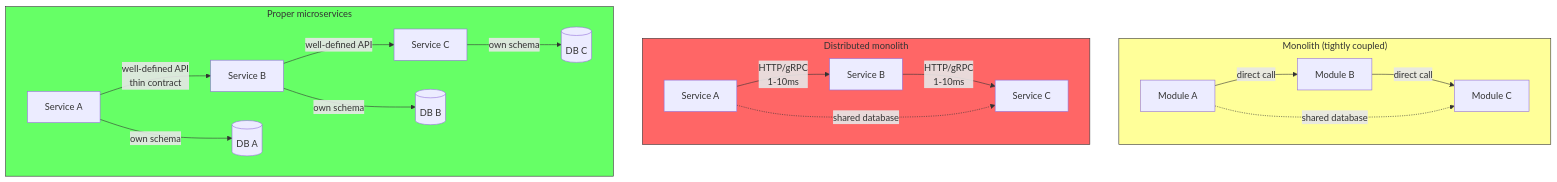
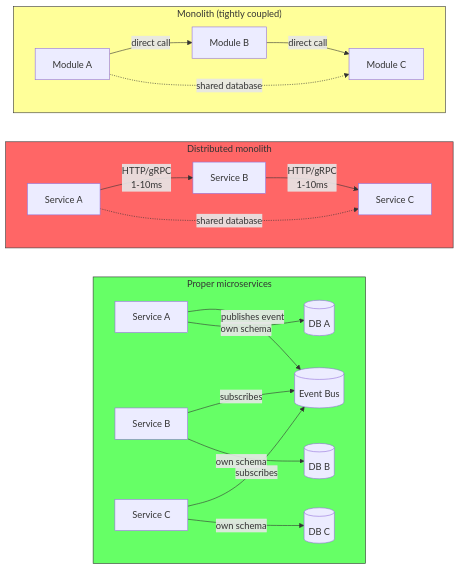
One commit to labeebahmad201/knowledge-base changed the ninth of 10 diagrams in docs/software-engineering/monolith-vs-microservices.md. Above: the diagram before and after it, drawn with Mermaid. The commit also changed other lines of this file, not shown here.

Commit message:
docs: link to third-party coupling article from distributed monolith section

````diff
--- a/docs/software-engineering/monolith-vs-microservices.md
+++ b/docs/software-engineering/monolith-vs-microservices.md
@@ -233,23 +233,29 @@
 ```mermaid
 flowchart TD
     subgraph Monolith["Monolith (tightly coupled)"]
+        direction LR
         A["Module A"] -->|"direct call"| B["Module B"]
         B -->|"direct call"| C["Module C"]
         A -.->|"shared database"| C
     end
     subgraph Distributed["Distributed monolith"]
+        direction LR
         D["Service A"] -->|"HTTP/gRPC<br/>1-10ms"| E["Service B"]
         E -->|"HTTP/gRPC<br/>1-10ms"| F["Service C"]
         D -.->|"shared database"| F
     end
     subgraph Proper["Proper microservices"]
-        G["Service A"] -->|"well-defined API<br/>thin contract"| H["Service B"]
-        H -->|"well-defined API"| I["Service C"]
+        direction LR
+        EB[("Event Bus")]
+        G["Service A"] -->|"publishes event"| EB
+        H["Service B"] -->|"subscribes"| EB
+        I["Service C"] -->|"subscribes"| EB
         G -->|"own schema"| DB1[("DB A")]
         H -->|"own schema"| DB2[("DB B")]
         I -->|"own schema"| DB3[("DB C")]
     end
+    Monolith ~~~ Distributed ~~~ Proper
     style Monolith fill:#ff9,stroke:#333
     style Distributed fill:#f66,stroke:#333
     style Proper fill:#6f6,stroke:#333
 ```
````
